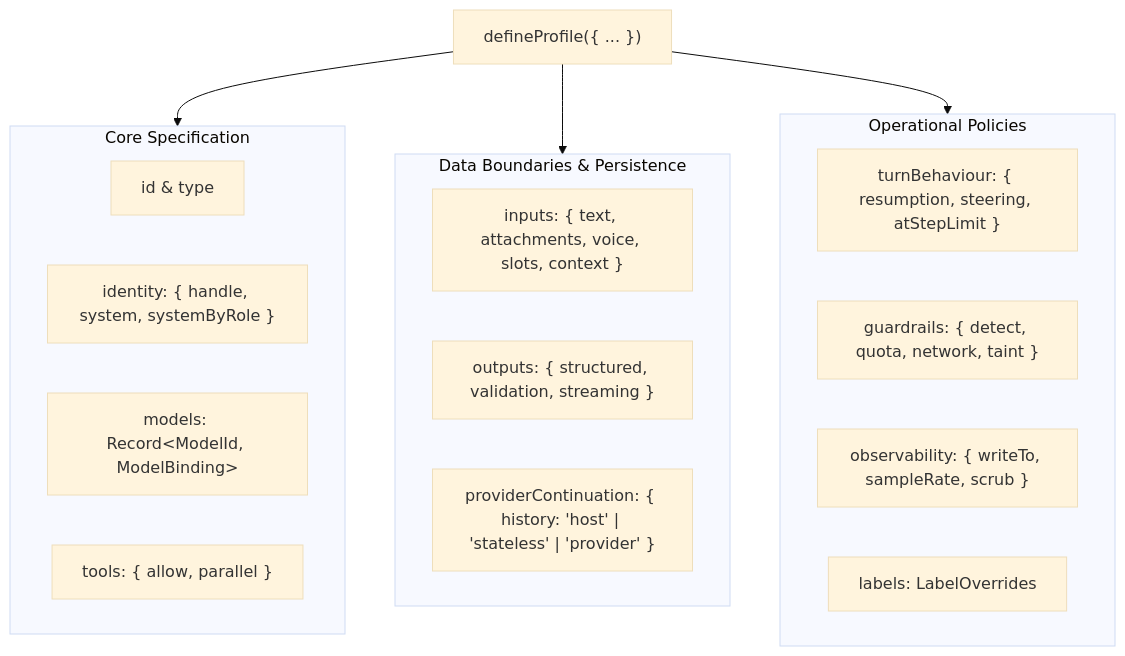
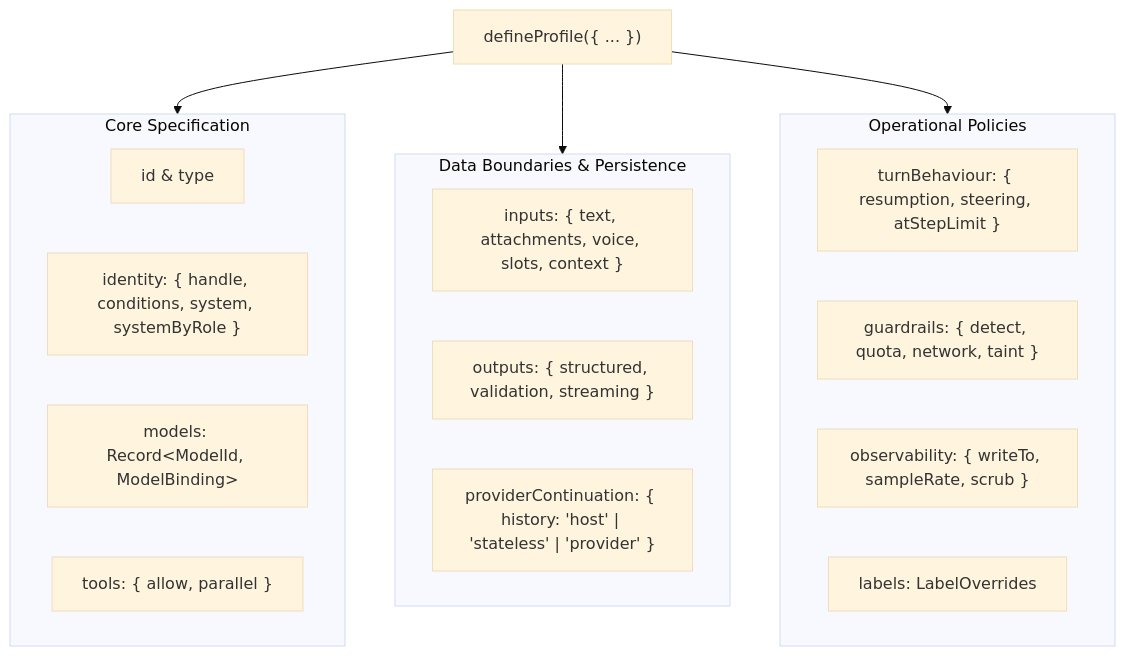
The first of 2 diagrams in docs/writing/publicdocumentation/2-1-profiles.md (masudl-hub/theoremai), drawn with Mermaid (base theme) before and after one commit. The commit also changed other lines of this file and 23 other files, not shown here.

````diff
--- a/docs/writing/publicdocumentation/2-1-profiles.md
+++ b/docs/writing/publicdocumentation/2-1-profiles.md
@@ -13,28 +13,28 @@
 ```mermaid
 graph TD
     Profile["defineProfile({ ... })"]
 
     subgraph CoreContract["Core Specification"]
         IdType["id & type"]
-        Identity["identity: { handle, system, systemByRole }"]
+        Identity["identity: { handle, conditions, system, systemByRole }"]
         Models["models: Record&lt;ModelId, ModelBinding&gt;"]
         Tools["tools: { allow, parallel }"]
     end
 
     subgraph DataBoundaries["Data Boundaries & Persistence"]
         Inputs["inputs: { text, attachments, voice, slots, context }"]
         Outputs["outputs: { structured, validation, streaming }"]
         ProviderContinuation["providerContinuation: { history: 'host' | 'stateless' | 'provider' }"]
     end
 
     subgraph OperationalPolicies["Operational Policies"]
         TurnBehaviour["turnBehaviour: { resumption, steering, atStepLimit }"]
         Guardrails["guardrails: { detect, quota, network, taint }"]
         Observability["observability: { writeTo, sampleRate, scrub }"]
         Labels["labels: LabelOverrides"]
     end
 
     Profile --> CoreContract
     Profile --> DataBoundaries
     Profile --> OperationalPolicies
 ```
````
